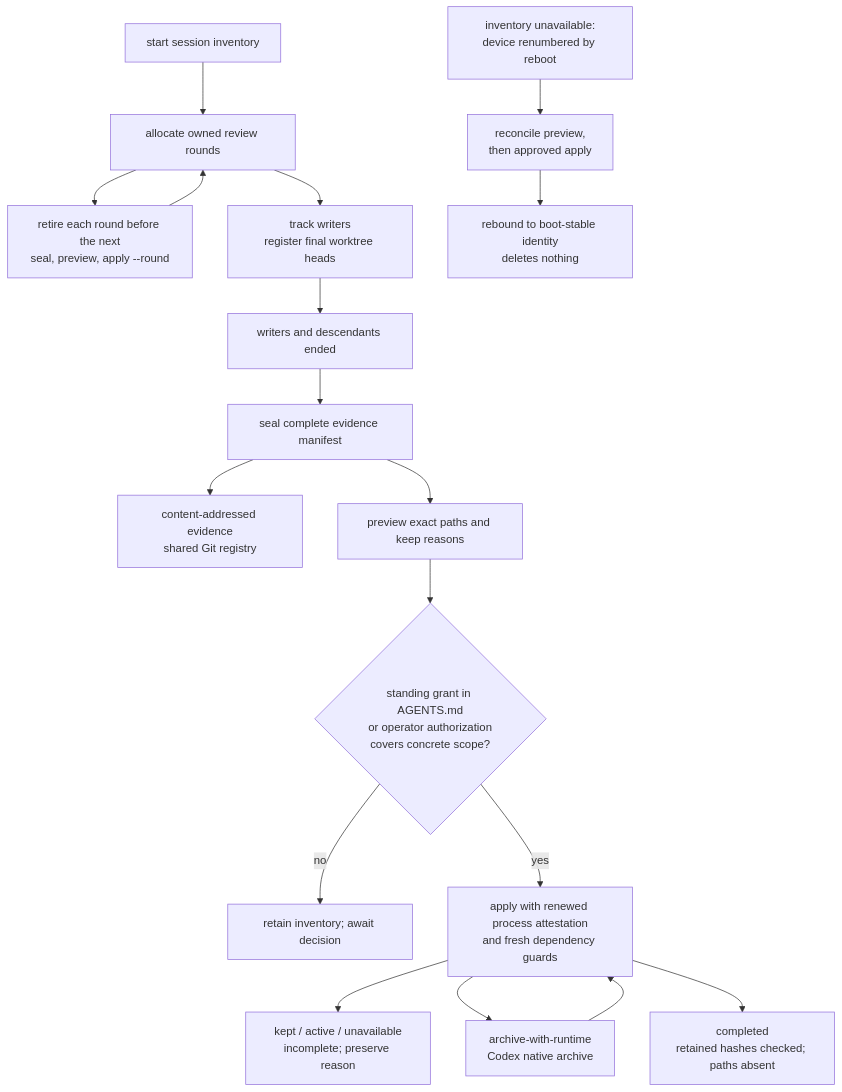
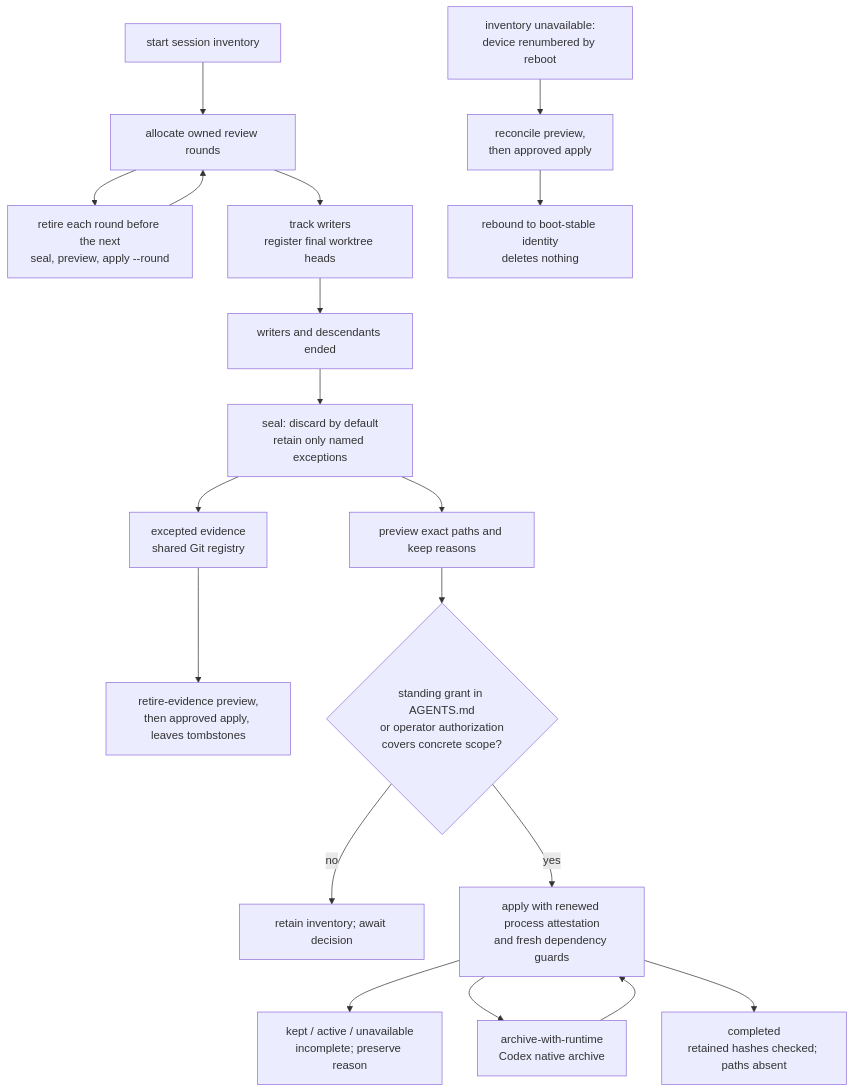
Before and after one commit to topij/agentic-dev-kit: the fifth of 6 diagrams in docs/architecture.md, drawn with Mermaid. The commit also changed other lines of this file and 17 other files, not shown here.

First line of the commit message:
session_cleanup: discard completed evidence by default; retire-evidence (#1316)

````diff
--- a/docs/architecture.md
+++ b/docs/architecture.md
@@ -232,20 +232,21 @@
 ```mermaid
 flowchart TB
     Start["start session inventory"] --> Allocate["allocate owned review rounds"]
     Allocate --> Round["retire each round before the next<br/>seal, preview, apply --round"]
     Round --> Allocate
     Allocate --> Work["track writers<br/>register final worktree heads"]
     Work --> Stop["writers and descendants ended"]
-    Stop --> Seal["seal complete evidence manifest"]
-    Seal --> Evidence["content-addressed evidence<br/>shared Git registry"]
+    Stop --> Seal["seal: discard by default<br/>retain only named exceptions"]
+    Seal --> Evidence["excepted evidence<br/>shared Git registry"]
+    Evidence --> RetireEvidence["retire-evidence preview,<br/>then approved apply, leaves tombstones"]
     Seal --> Preview["preview exact paths and keep reasons"]
     Preview --> Consent{"standing grant in AGENTS.md<br/>or operator authorization<br/>covers concrete scope?"}
     Consent -->|no| Hold["retain inventory; await decision"]
     Registry["inventory unavailable:<br/>device renumbered by reboot"] --> Reconcile["reconcile preview,<br/>then approved apply"]
     Reconcile --> Rebound["rebound to boot-stable identity<br/>deletes nothing"]
     Consent -->|yes| Apply["apply with renewed process attestation<br/>and fresh dependency guards"]
     Apply --> Kept["kept / active / unavailable<br/>incomplete; preserve reason"]
     Apply --> Native["archive-with-runtime<br/>Codex native archive"]
     Native --> Apply
     Apply --> Complete["completed<br/>retained hashes checked; paths absent"]
 ```
````
